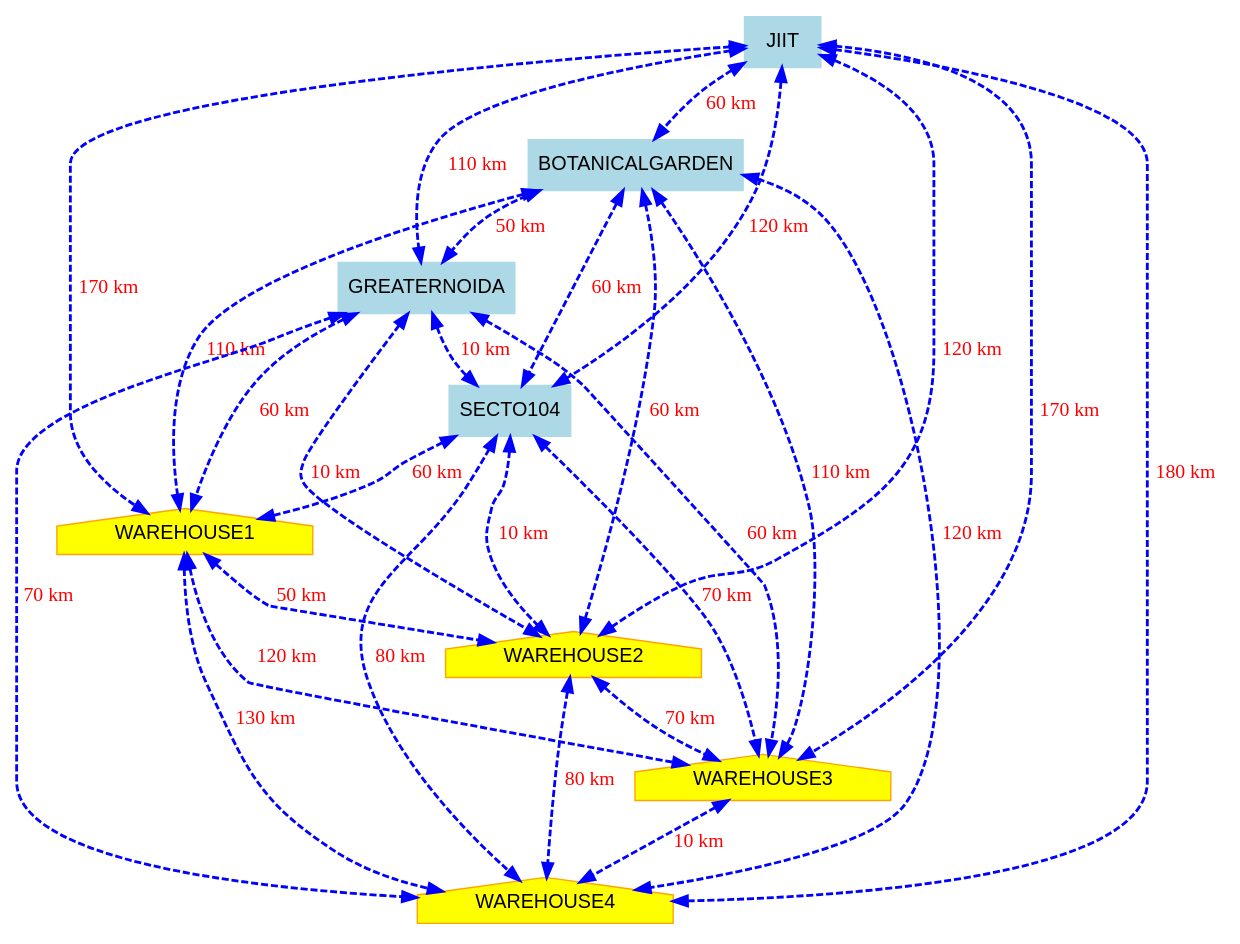
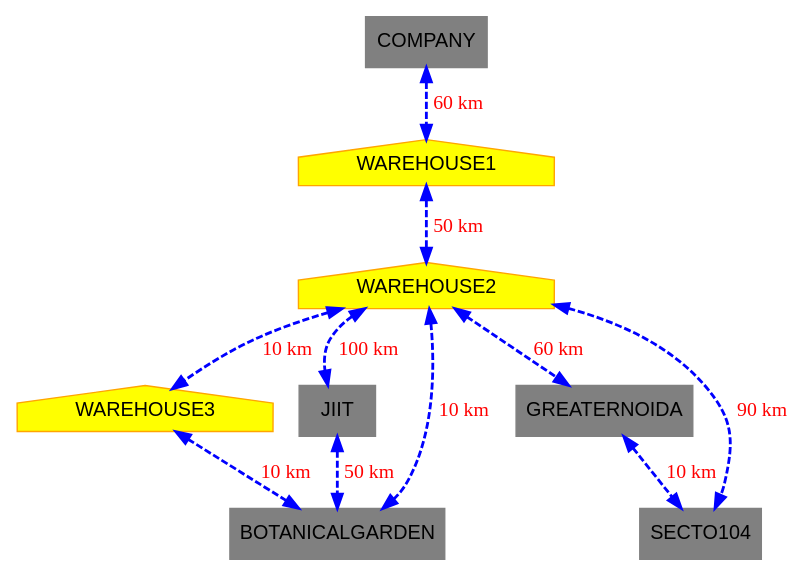
Before and after one commit to bhavishy09/deliver-ease: the diagram in graph.dot, drawn with Graphviz. The commit also changed 10 other files, not shown here.

```diff
--- a/graph.dot
+++ b/graph.dot
@@ -1,36 +1,17 @@
 digraph G {
   graph [splines=true];
-  node [shape=box, style=filled, color=lightblue, fontname="Arial", fontsize=14];
+  node [shape=box, style=filled, color=GREY, fontname="Arial", fontsize=14];
   WAREHOUSE1 [shape=house, color=orange, style=filled, fillcolor=yellow];
   WAREHOUSE2 [shape=house, color=orange, style=filled, fillcolor=yellow];
   WAREHOUSE3 [shape=house, color=orange, style=filled, fillcolor=yellow];
-  WAREHOUSE4 [shape=house, color=orange, style=filled, fillcolor=yellow];
-  JIIT -> BOTANICALGARDEN [label="60 km", penwidth=2, color=blue, fontcolor=red, dir=both, style=dashed];
-  JIIT -> GREATERNOIDA [label="110 km", penwidth=2, color=blue, fontcolor=red, dir=both, style=dashed];
-  JIIT -> SECTO104 [label="120 km", penwidth=2, color=blue, fontcolor=red, dir=both, style=dashed];
-  JIIT -> WAREHOUSE1 [label="170 km", penwidth=2, color=blue, fontcolor=red, dir=both, style=dashed];
-  JIIT -> WAREHOUSE2 [label="120 km", penwidth=2, color=blue, fontcolor=red, dir=both, style=dashed];
-  JIIT -> WAREHOUSE3 [label="170 km", penwidth=2, color=blue, fontcolor=red, dir=both, style=dashed];
-  JIIT -> WAREHOUSE4 [label="180 km", penwidth=2, color=blue, fontcolor=red, dir=both, style=dashed];
-  BOTANICALGARDEN -> GREATERNOIDA [label="50 km", penwidth=2, color=blue, fontcolor=red, dir=both, style=dashed];
-  BOTANICALGARDEN -> SECTO104 [label="60 km", penwidth=2, color=blue, fontcolor=red, dir=both, style=dashed];
-  BOTANICALGARDEN -> WAREHOUSE1 [label="110 km", penwidth=2, color=blue, fontcolor=red, dir=both, style=dashed];
-  BOTANICALGARDEN -> WAREHOUSE2 [label="60 km", penwidth=2, color=blue, fontcolor=red, dir=both, style=dashed];
-  BOTANICALGARDEN -> WAREHOUSE3 [label="110 km", penwidth=2, color=blue, fontcolor=red, dir=both, style=dashed];
-  BOTANICALGARDEN -> WAREHOUSE4 [label="120 km", penwidth=2, color=blue, fontcolor=red, dir=both, style=dashed];
+  COMPANY -> WAREHOUSE1 [label="60 km", penwidth=2, color=blue, fontcolor=red, dir=both, style=dashed];
+  WAREHOUSE1 -> WAREHOUSE2 [label="50 km", penwidth=2, color=blue, fontcolor=red, dir=both, style=dashed];
+  WAREHOUSE2 -> WAREHOUSE3 [label="10 km", penwidth=2, color=blue, fontcolor=red, dir=both, style=dashed];
+  WAREHOUSE2 -> JIIT [label="100 km", penwidth=2, color=blue, fontcolor=red, dir=both, style=dashed];
+  WAREHOUSE2 -> BOTANICALGARDEN [label="10 km", penwidth=2, color=blue, fontcolor=red, dir=both, style=dashed];
+  WAREHOUSE2 -> GREATERNOIDA [label="60 km", penwidth=2, color=blue, fontcolor=red, dir=both, style=dashed];
+  WAREHOUSE2 -> SECTO104 [label="90 km", penwidth=2, color=blue, fontcolor=red, dir=both, style=dashed];
+  WAREHOUSE3 -> BOTANICALGARDEN [label="10 km", penwidth=2, color=blue, fontcolor=red, dir=both, style=dashed];
+  JIIT -> BOTANICALGARDEN [label="50 km", penwidth=2, color=blue, fontcolor=red, dir=both, style=dashed];
   GREATERNOIDA -> SECTO104 [label="10 km", penwidth=2, color=blue, fontcolor=red, dir=both, style=dashed];
-  GREATERNOIDA -> WAREHOUSE1 [label="60 km", penwidth=2, color=blue, fontcolor=red, dir=both, style=dashed];
-  GREATERNOIDA -> WAREHOUSE2 [label="10 km", penwidth=2, color=blue, fontcolor=red, dir=both, style=dashed];
-  GREATERNOIDA -> WAREHOUSE3 [label="60 km", penwidth=2, color=blue, fontcolor=red, dir=both, style=dashed];
-  GREATERNOIDA -> WAREHOUSE4 [label="70 km", penwidth=2, color=blue, fontcolor=red, dir=both, style=dashed];
-  SECTO104 -> WAREHOUSE1 [label="60 km", penwidth=2, color=blue, fontcolor=red, dir=both, style=dashed];
-  SECTO104 -> WAREHOUSE2 [label="10 km", penwidth=2, color=blue, fontcolor=red, dir=both, style=dashed];
-  SECTO104 -> WAREHOUSE3 [label="70 km", penwidth=2, color=blue, fontcolor=red, dir=both, style=dashed];
-  SECTO104 -> WAREHOUSE4 [label="80 km", penwidth=2, color=blue, fontcolor=red, dir=both, style=dashed];
-  WAREHOUSE1 -> WAREHOUSE2 [label="50 km", penwidth=2, color=blue, fontcolor=red, dir=both, style=dashed];
-  WAREHOUSE1 -> WAREHOUSE3 [label="120 km", penwidth=2, color=blue, fontcolor=red, dir=both, style=dashed];
-  WAREHOUSE1 -> WAREHOUSE4 [label="130 km", penwidth=2, color=blue, fontcolor=red, dir=both, style=dashed];
-  WAREHOUSE2 -> WAREHOUSE3 [label="70 km", penwidth=2, color=blue, fontcolor=red, dir=both, style=dashed];
-  WAREHOUSE2 -> WAREHOUSE4 [label="80 km", penwidth=2, color=blue, fontcolor=red, dir=both, style=dashed];
-  WAREHOUSE3 -> WAREHOUSE4 [label="10 km", penwidth=2, color=blue, fontcolor=red, dir=both, style=dashed];
 }
```
